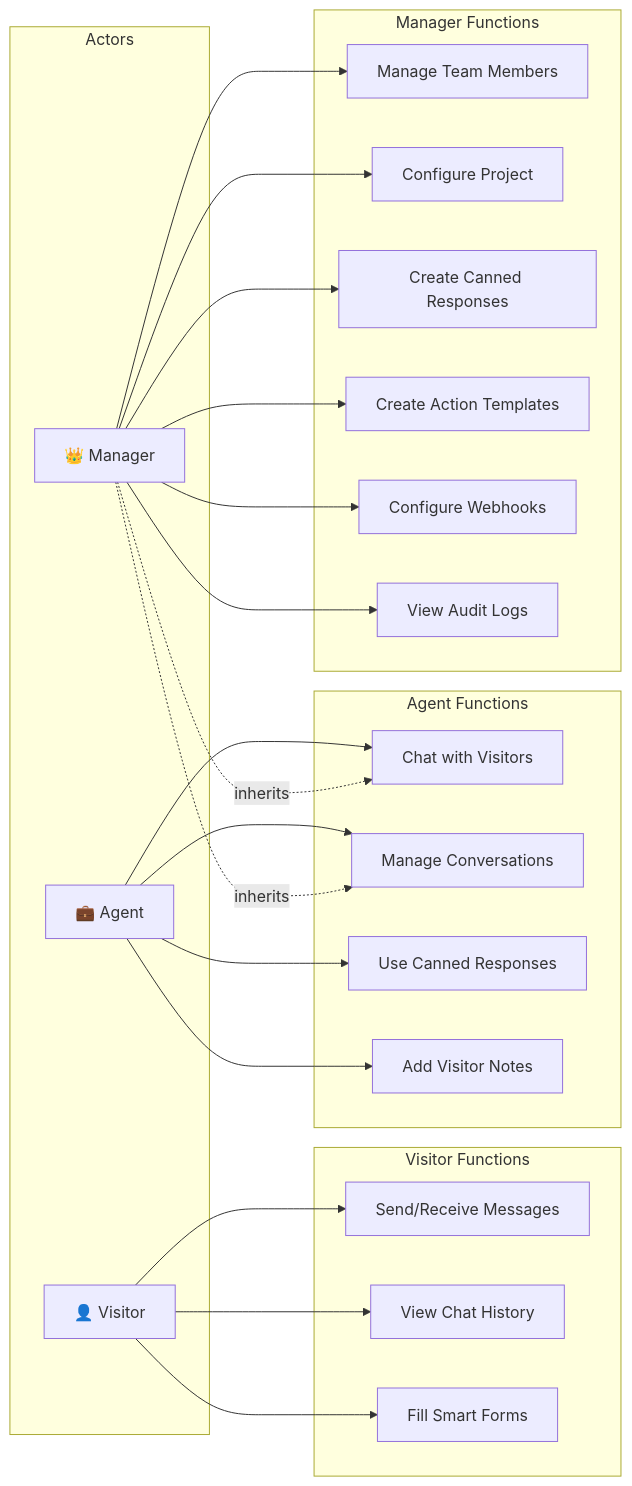
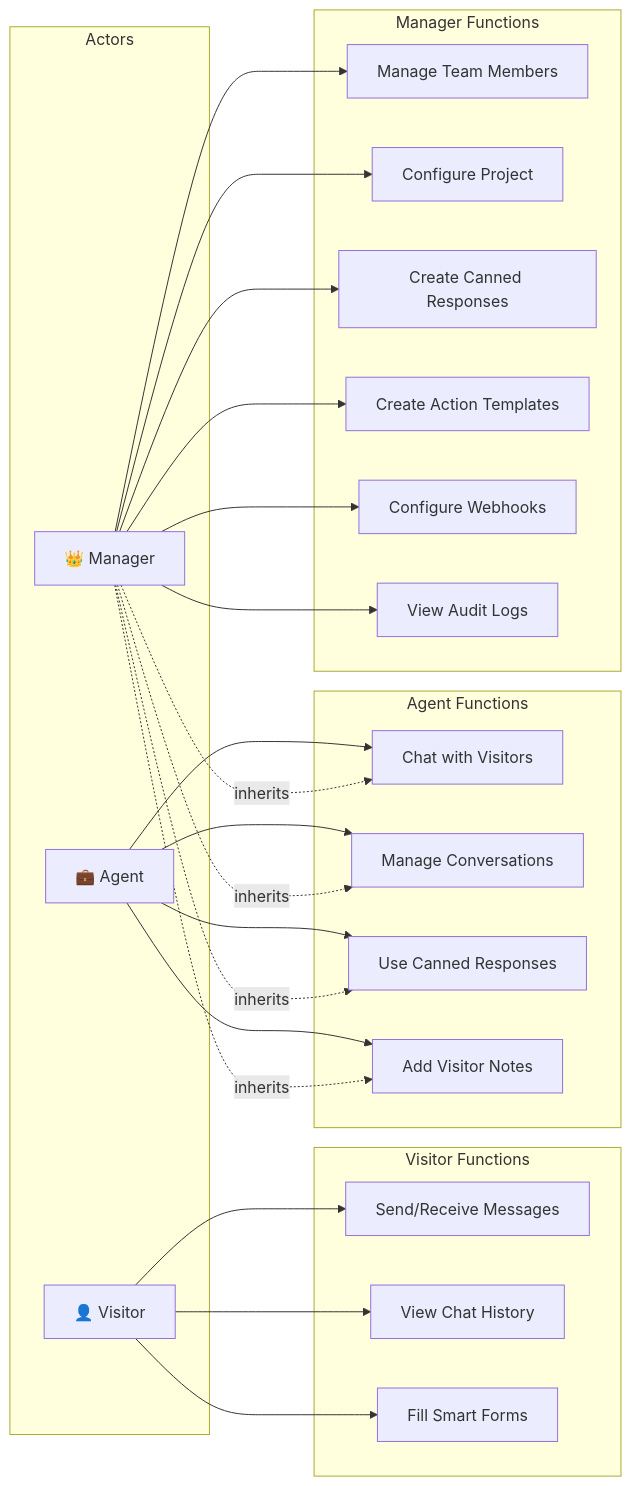
The first of 5 diagrams in presentation/pages/hung.md (doananhhung/livechat), drawn with Mermaid before and after one commit. The commit also changed other lines of this file and 6 other files, not shown here.

````diff
--- a/presentation/pages/hung.md
+++ b/presentation/pages/hung.md
@@ -58,54 +56,56 @@
 ```mermaid
 flowchart LR
     subgraph Actors["Actors"]
         A["💼 Agent"]
         V["👤 Visitor"]
         M["👑 Manager"]
     end
 
     subgraph VisitorUC["Visitor Functions"]
         UC1["Send/Receive Messages"]
         UC2["View Chat History"]
         UC3["Fill Smart Forms"]
     end
 
     subgraph AgentUC["Agent Functions"]
         UC4["Chat with Visitors"]
         UC5["Manage Conversations"]
         UC6["Use Canned Responses"]
         UC7["Add Visitor Notes"]
     end
 
     subgraph ManagerUC["Manager Functions"]
         UC8["Manage Team Members"]
         UC9["Configure Project"]
         UC10["Create Canned Responses"]
         UC11["Create Action Templates"]
         UC12["Configure Webhooks"]
         UC13["View Audit Logs"]
     end
     
 
     %% Visitor connections
     V --> UC1
     V --> UC2
     V --> UC3
 
     %% Agent connections (includes visitor-facing)
     A --> UC4
     A --> UC5
     A --> UC6
     A --> UC7
 
     %% Manager connections (includes all agent functions)
     M --> UC8
     M --> UC9
     M --> UC10
     M --> UC11
     M --> UC12
     M --> UC13
     
     %% Inheritance: Manager can do Agent tasks
     M -.->|"inherits"| UC4
     M -.->|"inherits"| UC5
+    M -.->|"inherits"| UC6
+    M -.->|"inherits"| UC7
 ```
````
